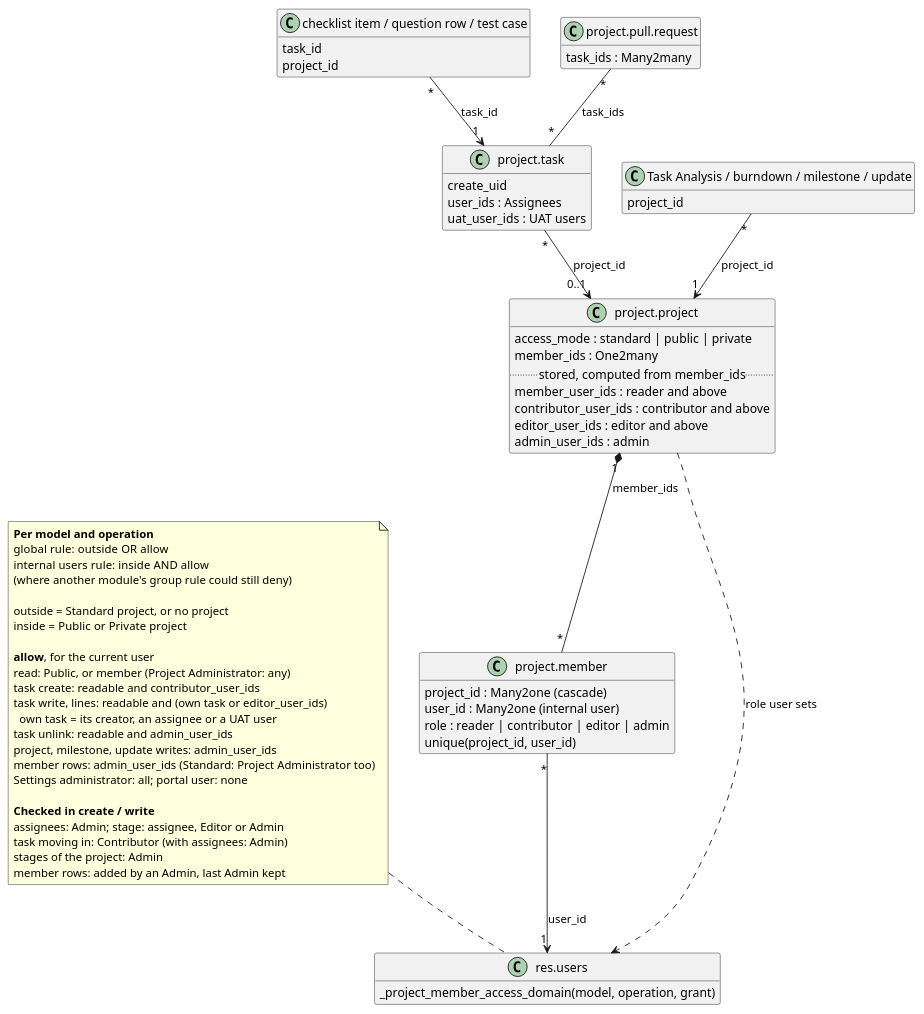
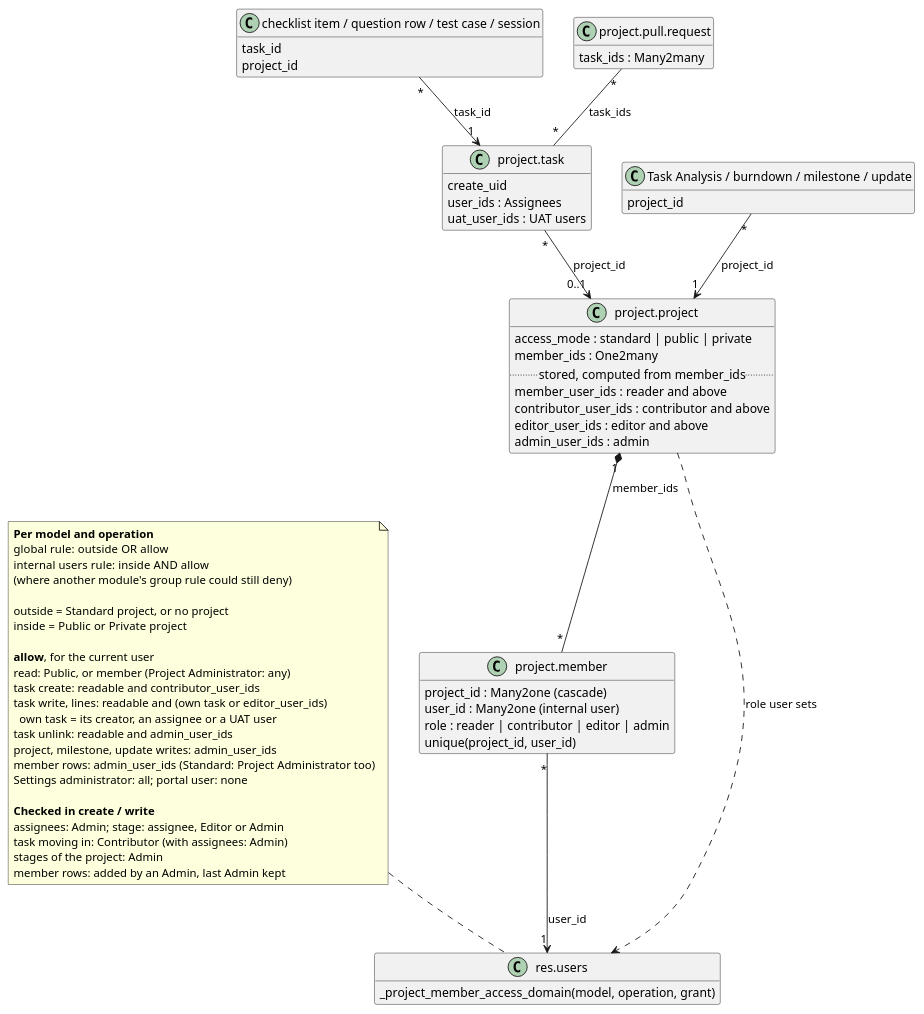
The diagram in project_member_access/readme/access_model.puml (okolovmark/nixodoo-addons), drawn with PlantUML before and after one commit. The commit also changed 9 other files, not shown here.

```diff
--- a/project_member_access/readme/access_model.puml
+++ b/project_member_access/readme/access_model.puml
@@ -1,78 +1,78 @@
 @startuml access_model
 ' Data model and record rules of project_member_access.
 ' Preview: Alt+D (PlantUML extension)
 
 hide empty members
 skinparam classAttributeIconSize 0
 skinparam shadowing false
 skinparam defaultFontName Helvetica
 
 class "project.project" as Project {
   access_mode : standard | public | private
   member_ids : One2many
   .. stored, computed from member_ids ..
   member_user_ids : reader and above
   contributor_user_ids : contributor and above
   editor_user_ids : editor and above
   admin_user_ids : admin
 }
 class "project.member" as Member {
   {field} project_id : Many2one (cascade)
   {field} user_id : Many2one (internal user)
   role : reader | contributor | editor | admin
   {field} unique(project_id, user_id)
 }
 class "res.users" as User {
   _project_member_access_domain(model, operation, grant)
 }
 class "project.task" as Task {
   create_uid
   user_ids : Assignees
   uat_user_ids : UAT users
 }
-class "checklist item / question row / test case" as Line {
+class "checklist item / question row / test case / session" as Line {
   task_id
   project_id
 }
 class "project.pull.request" as PullRequest {
   task_ids : Many2many
 }
 class "Task Analysis / burndown / milestone / update" as ProjectRecord {
   project_id
 }
 
 Project "1" *-- "*" Member : member_ids
 Member "*" --> "1" User : user_id
 Project ..> User : role user sets
 Task "*" --> "0..1" Project : project_id
 Line "*" --> "1" Task : task_id
 PullRequest "*" -- "*" Task : task_ids
 ProjectRecord "*" --> "1" Project : project_id
 
 note as Rules
   <b>Per model and operation</b>
   global rule:  outside OR allow
   internal users rule:  inside AND allow
   (where another module's group rule could still deny)
 
   outside = Standard project, or no project
   inside  = Public or Private project
 
   <b>allow</b>, for the current user
   read: Public, or member (Project Administrator: any)
   task create: readable and contributor_user_ids
   task write, lines: readable and (own task or editor_user_ids)
     own task = its creator, an assignee or a UAT user
   task unlink: readable and admin_user_ids
   project, milestone, update writes: admin_user_ids
   member rows: admin_user_ids (Standard: Project Administrator too)
   Settings administrator: all; portal user: none
 
   <b>Checked in create / write</b>
   assignees: Admin; stage: assignee, Editor or Admin
   task moving in: Contributor (with assignees: Admin)
   stages of the project: Admin
   member rows: added by an Admin, last Admin kept
 end note
 Rules .. User
 @enduml
```
